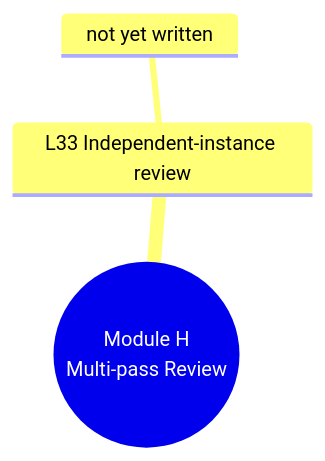
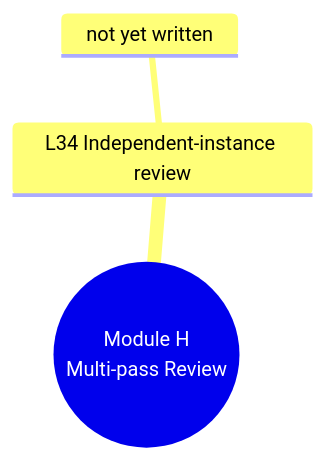
Before and after one commit to richierob62/claude-code-architect: the ninth of 10 diagrams in mindmap.md, drawn with Mermaid. The commit also changed other lines of this file and 3 other files, not shown here.

````diff
--- a/mindmap.md
+++ b/mindmap.md
@@ -223,6 +242,6 @@
 ```mermaid
 mindmap
   root((Module H<br/>Multi-pass Review))
-    L33 Independent-instance review
+    L34 Independent-instance review
       not yet written
 ```
````
